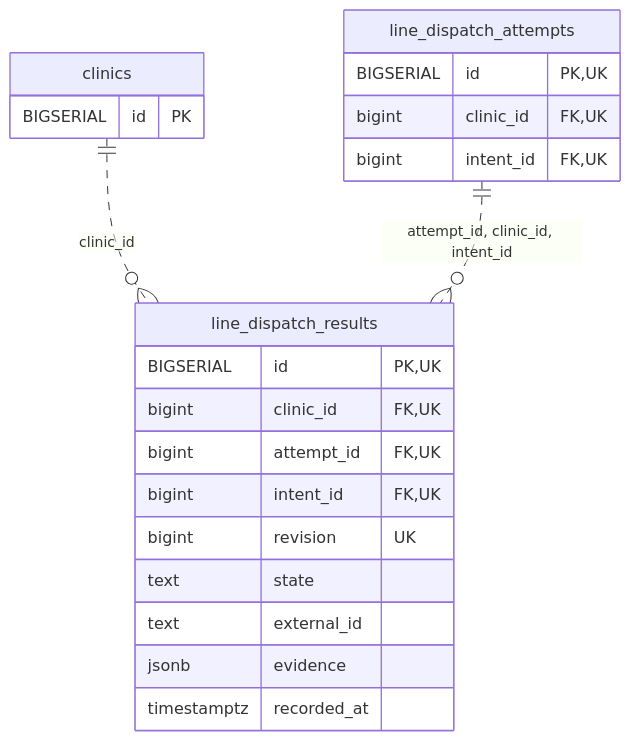
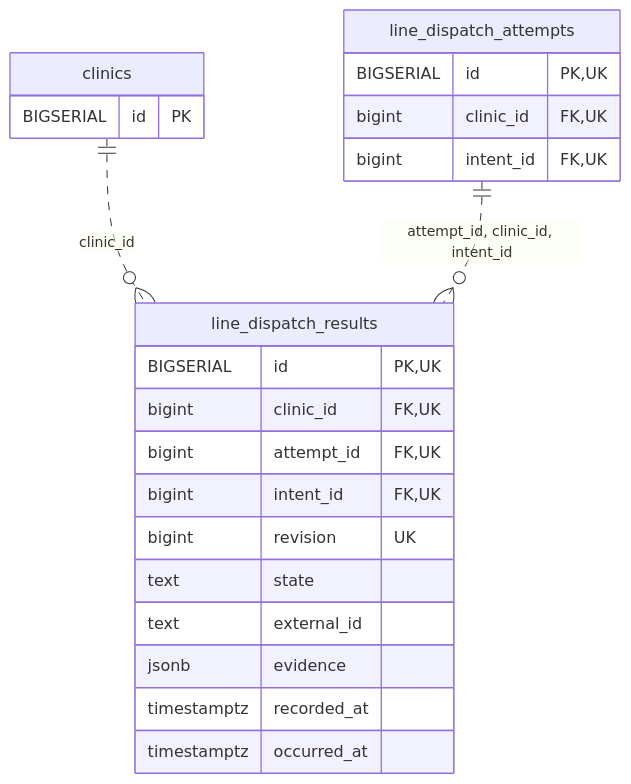
Before and after one commit to MinoruSoga/AnimalEkarte: the diagram in docs/architecture/erd-detail/line_dispatch_results.md, drawn with Mermaid. The commit also changed other lines of this file and 147 other files, not shown here.

````diff
--- a/docs/architecture/erd-detail/line_dispatch_results.md
+++ b/docs/architecture/erd-detail/line_dispatch_results.md
@@ -32,24 +33,25 @@
 ```mermaid
 erDiagram
     line_dispatch_results {
         BIGSERIAL id PK,UK
         bigint clinic_id FK,UK
         bigint attempt_id FK,UK
         bigint intent_id FK,UK
         bigint revision UK
         text state
         text external_id
         jsonb evidence
         timestamptz recorded_at
+        timestamptz occurred_at
     }
     clinics {
         BIGSERIAL id PK
     }
     line_dispatch_attempts {
         BIGSERIAL id PK,UK
         bigint clinic_id FK,UK
         bigint intent_id FK,UK
     }
     clinics ||..o{ line_dispatch_results : "clinic_id"
     line_dispatch_attempts ||..o{ line_dispatch_results : "attempt_id, clinic_id, intent_id"
 ```
````
